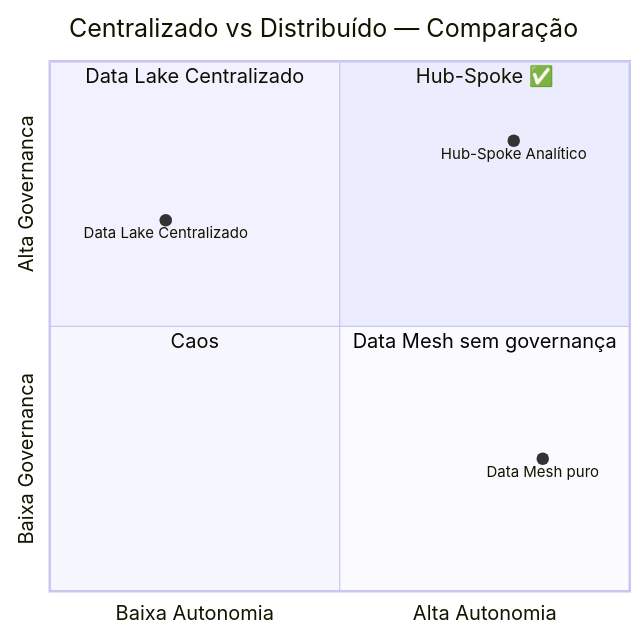
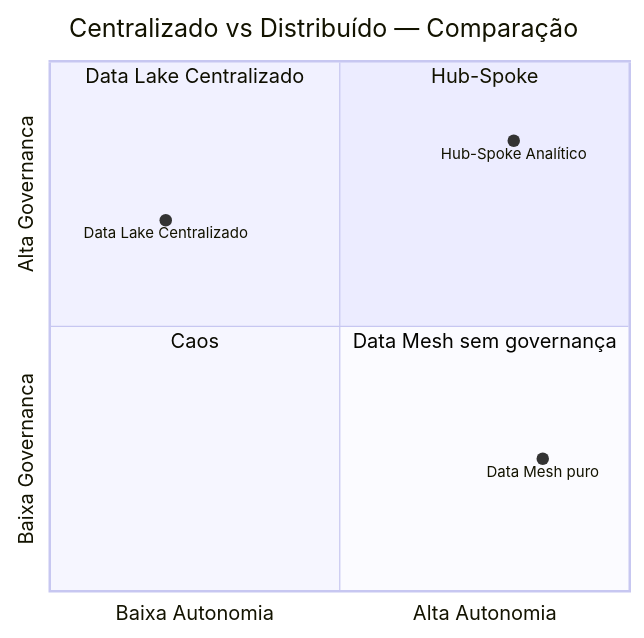
Before and after one commit to brunnoorpinelli/hubspoke: diagram 15 of 15 in arquitetura-hubspoke.md, drawn with Mermaid. The commit also changed other lines of this file, not shown here.

Commit message:
fix: corrige dois erros de parsing no Mermaid
- Remove emoji ✅ do quadrantChart (quebra o lexer)
- Remove parênteses após \n em label de nó do flowchart (parser interpreta
  como marcador de shape stadium)

https://claude.ai/code/session_01EJLCB64bHAoj5VaZp6pCqP

````diff
--- a/arquitetura-hubspoke.md
+++ b/arquitetura-hubspoke.md
@@ -663,13 +663,13 @@
 ```mermaid
 quadrantChart
     title Centralizado vs Distribuído — Comparação
     x-axis Baixa Autonomia --> Alta Autonomia
     y-axis Baixa Governanca --> Alta Governanca
-    quadrant-1 Hub-Spoke ✅
+    quadrant-1 Hub-Spoke
     quadrant-2 Data Lake Centralizado
     quadrant-3 Caos
     quadrant-4 Data Mesh sem governança
     Hub-Spoke Analítico: [0.80, 0.85]
     Data Lake Centralizado: [0.20, 0.70]
     Data Mesh puro: [0.85, 0.25]
 ```
````
